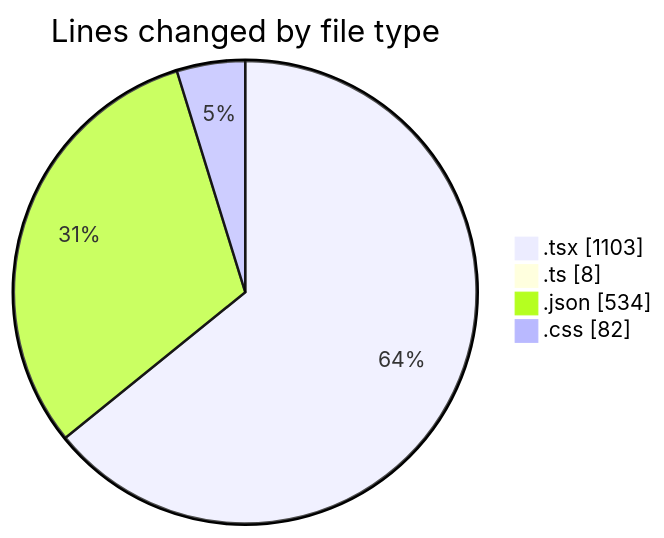
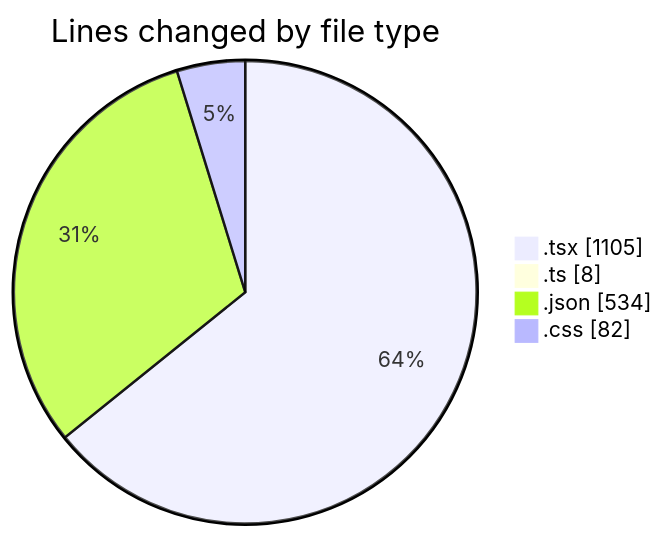
One commit to EIIisD/code-tracking changed the first of 2 diagrams in 2025-08-02/tw-server/README.md. Above: the diagram before and after it, drawn with Mermaid. The commit also changed other lines of this file and 1 other file, not shown here.

````diff
--- a/2025-08-02/tw-server/README.md
+++ b/2025-08-02/tw-server/README.md
@@ -25,8 +25,8 @@
 ```mermaid
 pie showData
 title Lines changed by file type
-".tsx" : 1103
+".tsx" : 1105
 ".ts" : 8
 ".json" : 534
 ".css" : 82
 ```
````
